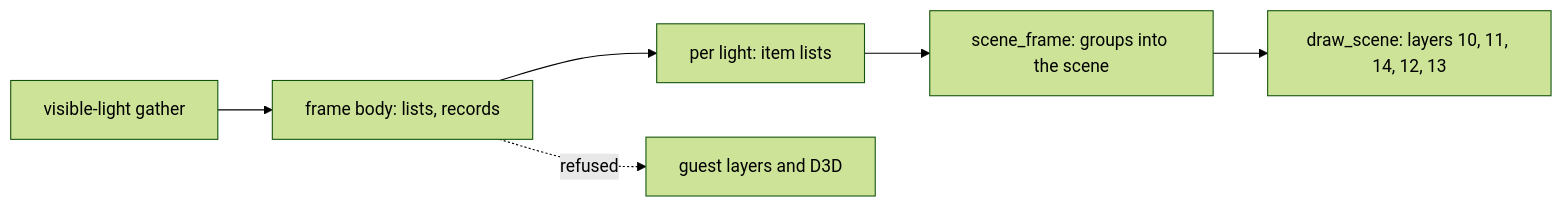
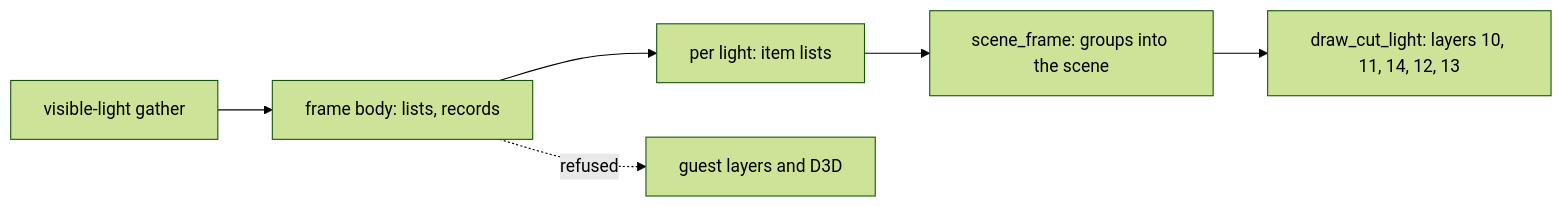
One commit to 0xdeafcafe/h2r changed the diagram in docs/graphics/native-lights.md. Above: the diagram before and after it, drawn with Mermaid (forest theme). The commit also changed other lines of this file and 19 other files, not shown here.

Commit message:
Lights: visible subparts draw in layers 12 and 13 from their native ranges, and a cut light draws at its passes, the host's refusal left to the guest's passes

````diff
--- a/docs/graphics/native-lights.md
+++ b/docs/graphics/native-lights.md
@@ -18,8 +18,8 @@
 ```mermaid
 flowchart LR
   G[visible-light gather] --> F[frame body: lists, records]
   F --> P[per light: item lists]
   P --> S[scene_frame: groups into the scene]
-  S --> H[draw_scene: layers 10, 11, 14, 12, 13]
+  S --> H[draw_cut_light: layers 10, 11, 14, 12, 13]
   F -.refused.-> D[guest layers and D3D]
 ```
````
